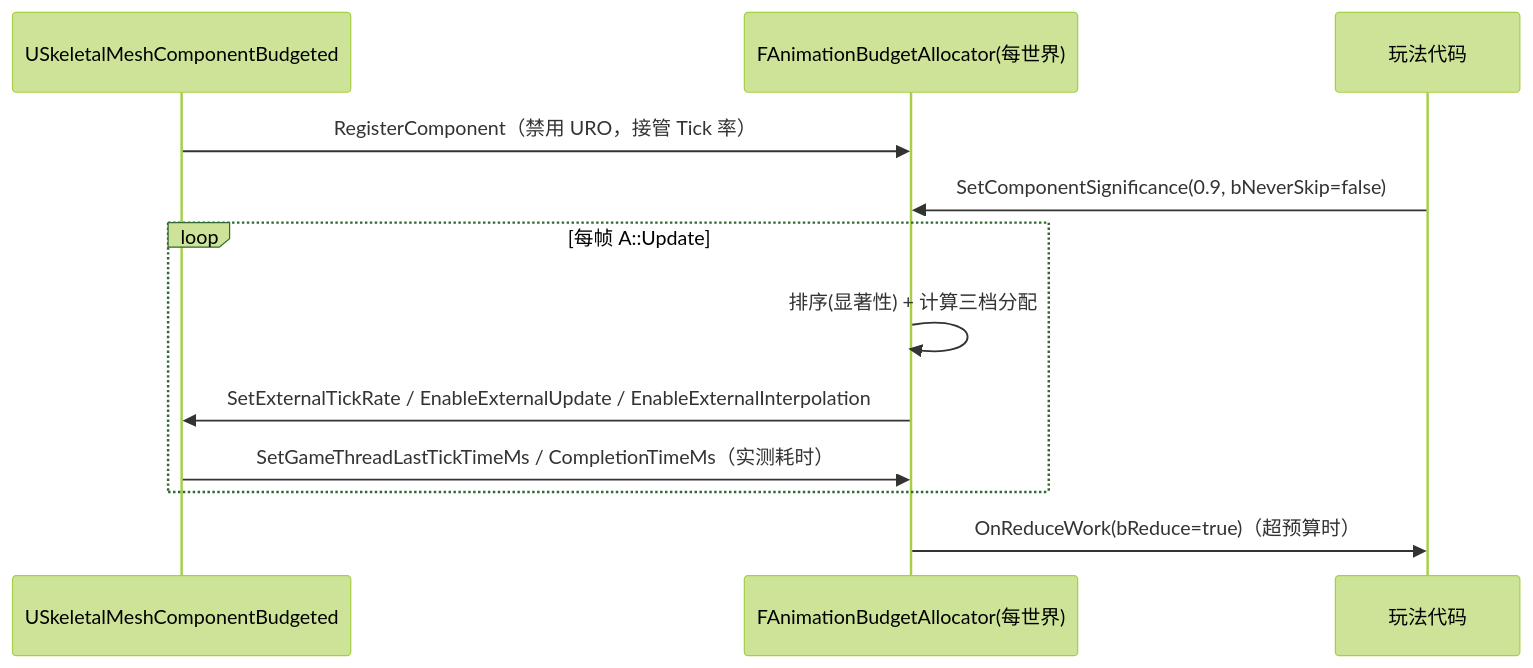
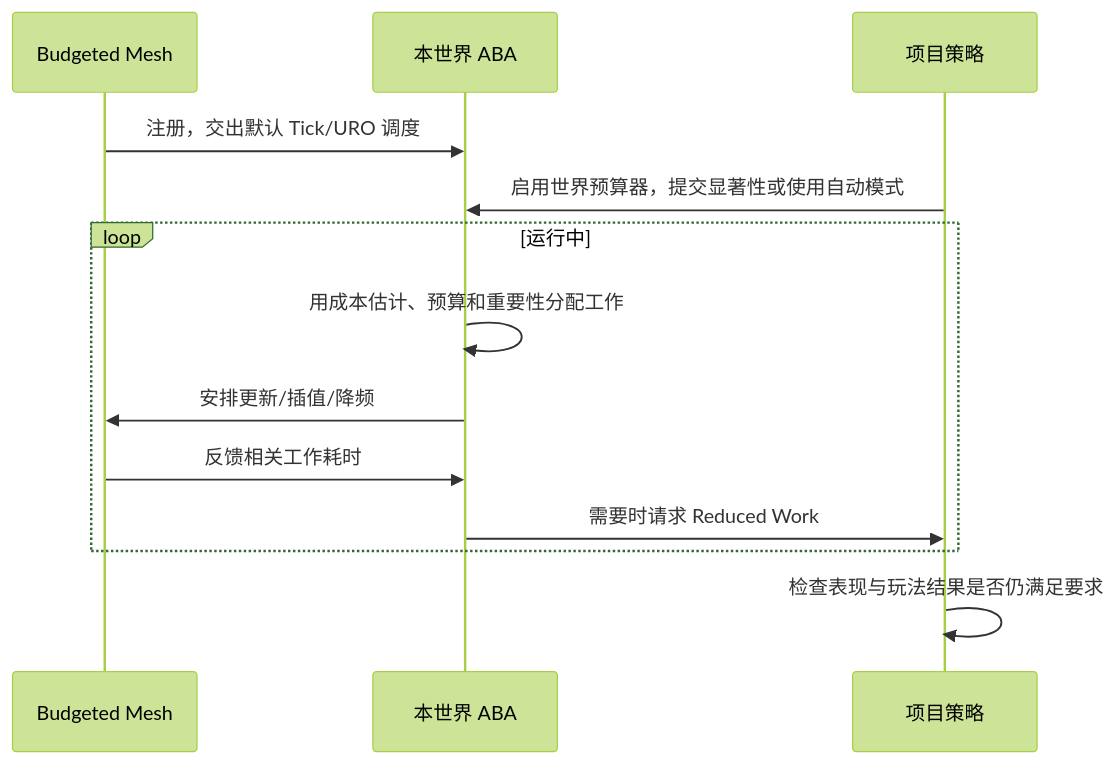
Before and after one commit to fantuan812/learning: the third of 5 diagrams in 知识/04-图形动画与物理仿真/动画求值与角色表现/04-动画性能与预算分配.md, drawn with Mermaid (forest theme). The commit also changed other lines of this file and 2 other files, not shown here.

````diff
--- a/知识/04-图形动画与物理仿真/动画求值与角色表现/04-动画性能与预算分配.md
+++ b/知识/04-图形动画与物理仿真/动画求值与角色表现/04-动画性能与预算分配.md
@@ -144,14 +160,15 @@
 ```mermaid
 sequenceDiagram
-    participant C as USkeletalMeshComponentBudgeted
-    participant A as FAnimationBudgetAllocator(每世界)
-    participant D as 玩法代码
-    C->>A: RegisterComponent（禁用 URO，接管 Tick 率）
-    D->>A: SetComponentSignificance(0.9, bNeverSkip=false)
-    loop 每帧 A::Update
-        A->>A: 排序(显著性) + 计算三档分配
-        A->>C: SetExternalTickRate / EnableExternalUpdate / EnableExternalInterpolation
-        C->>A: SetGameThreadLastTickTimeMs / CompletionTimeMs（实测耗时）
+    participant C as Budgeted Mesh
+    participant A as 本世界 ABA
+    participant G as 项目策略
+    C->>A: 注册，交出默认 Tick/URO 调度
+    G->>A: 启用世界预算器，提交显著性或使用自动模式
+    loop 运行中
+        A->>A: 用成本估计、预算和重要性分配工作
+        A->>C: 安排更新/插值/降频
+        C->>A: 反馈相关工作耗时
+        A->>G: 需要时请求 Reduced Work
     end
-    A->>D: OnReduceWork(bReduce=true)（超预算时）
+    G->>G: 检查表现与玩法结果是否仍满足要求
 ```
````
